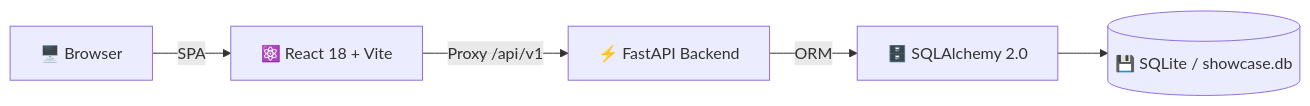
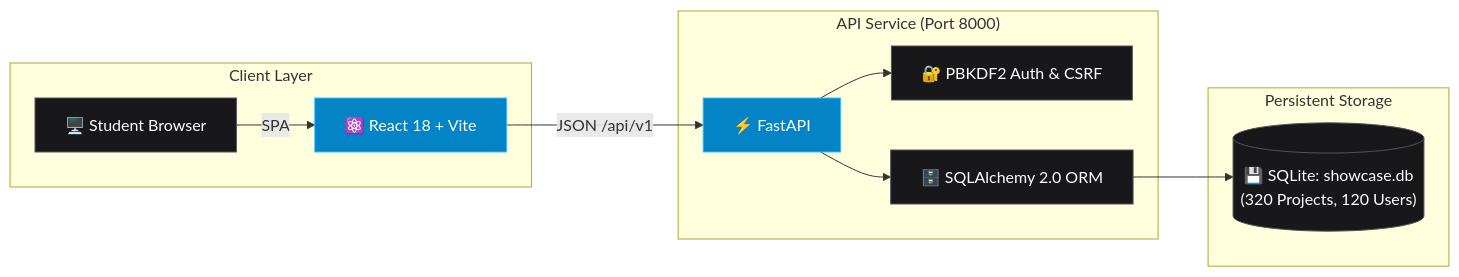
The diagram in README.md (Dhruvi-tech/Student-Project-Showcase-and-Gallery), drawn with Mermaid before and after one commit. The commit also changed other lines of this file, not shown here.

````diff
--- a/README.md
+++ b/README.md
@@ -51,7 +57,20 @@
 ```mermaid
 flowchart LR
-    Browser["🖥️ Browser"] -->|SPA| React["⚛️ React 18 + Vite"]
-    React -->|Proxy /api/v1| FastAPI["⚡ FastAPI Backend"]
-    FastAPI -->|ORM| SQL["🗄️ SQLAlchemy 2.0"]
-    SQL --> DB[("💾 SQLite / showcase.db")]
+    subgraph Client ["Client Layer"]
+        Browser["🖥️ Student Browser"] -->|SPA| ReactApp["⚛️ React 18 + Vite"]
+    end
+
+    subgraph Service ["API Service (Port 8000)"]
+        ReactApp -->|JSON /api/v1| FastApiCore["⚡ FastAPI"]
+        FastApiCore --> AuthGuard["🔐 PBKDF2 Auth & CSRF"]
+        FastApiCore --> SQLAlchemy["🗄️ SQLAlchemy 2.0 ORM"]
+    end
+
+    subgraph Storage ["Persistent Storage"]
+        SQLAlchemy --> SQLiteDB[("💾 SQLite: showcase.db<br/>(320 Projects, 120 Users)")]
+    end
+
+    classDef default fill:#18181b,stroke:#52525b,stroke-width:1px,color:#fff;
+    classDef highlight fill:#0284c7,stroke:#38bdf8,stroke-width:1px,color:#fff;
+    class FastApiCore,ReactApp highlight;
 ```
````
